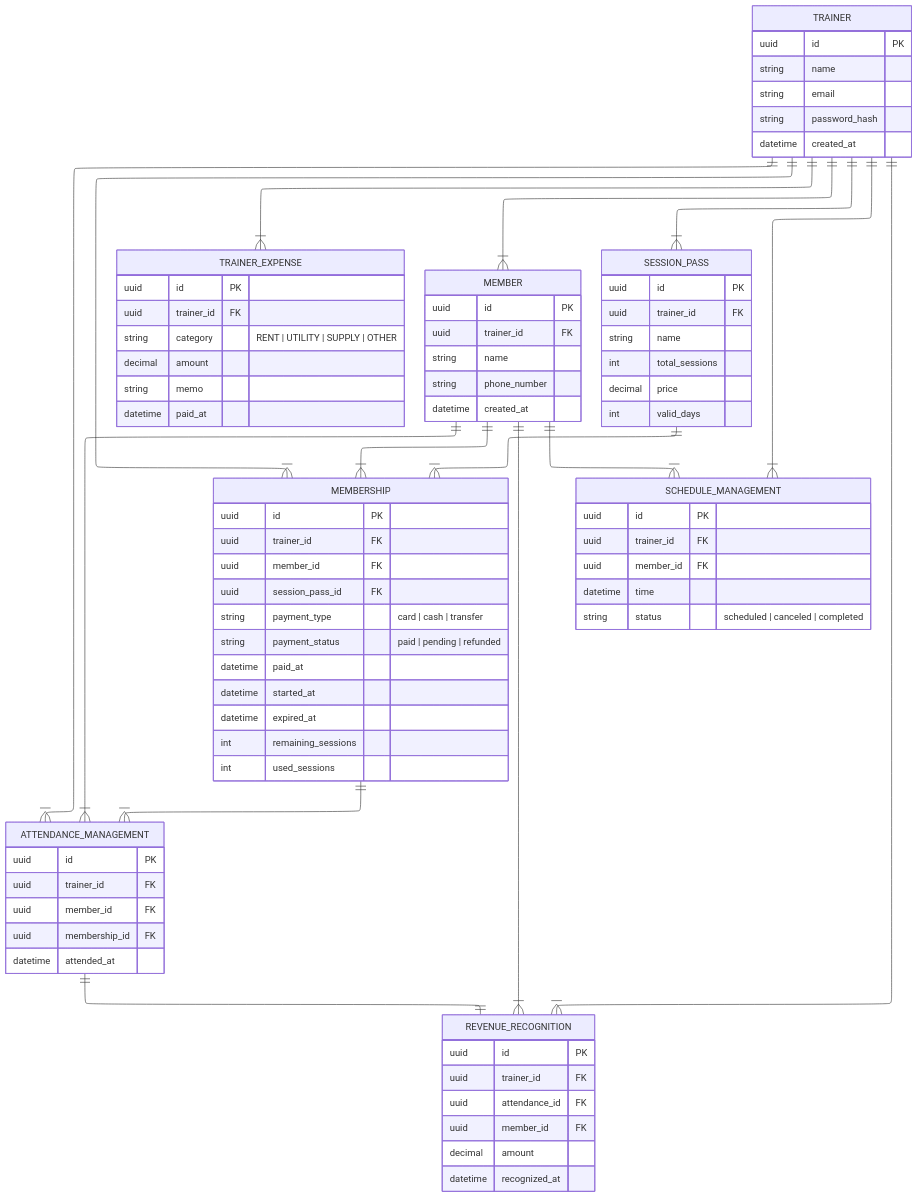
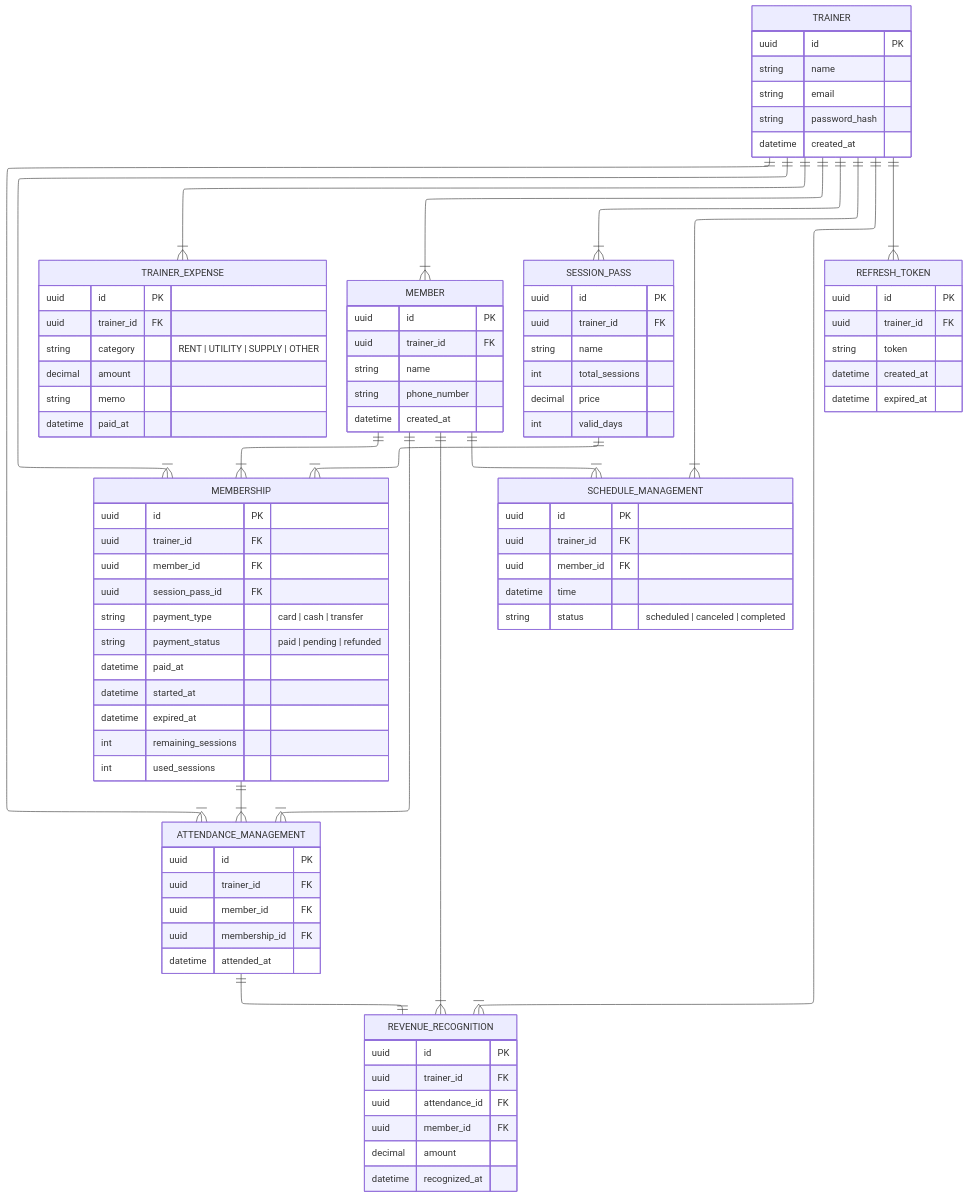
Before and after one commit to wonkr/pt-studio-api: the diagram in docs/erdesign.md, drawn with Mermaid. The commit also changed other lines of this file and 1 other file, not shown here.

Commit message:
update: add refresh_token table

````diff
--- a/docs/erdesign.md
+++ b/docs/erdesign.md
@@ -14,6 +14,14 @@
 		string email  ""  
 		string password_hash  ""  
 		datetime created_at  ""  
+	}
+
+	REFRESH_TOKEN {
+		uuid id PK
+		uuid trainer_id FK
+		string token
+		datetime created_at
+		datetime expired_at
 	}
 
 	TRAINER_EXPENSE {
@@ -95,4 +103,6 @@
 	TRAINER||--|{SCHEDULE_MANAGEMENT:"  "
 	TRAINER||--|{ATTENDANCE_MANAGEMENT:"  "
 	TRAINER||--|{REVENUE_RECOGNITION:"  "
+	TRAINER||--|{REFRESH_TOKEN:"  "
+	
 ```
````
